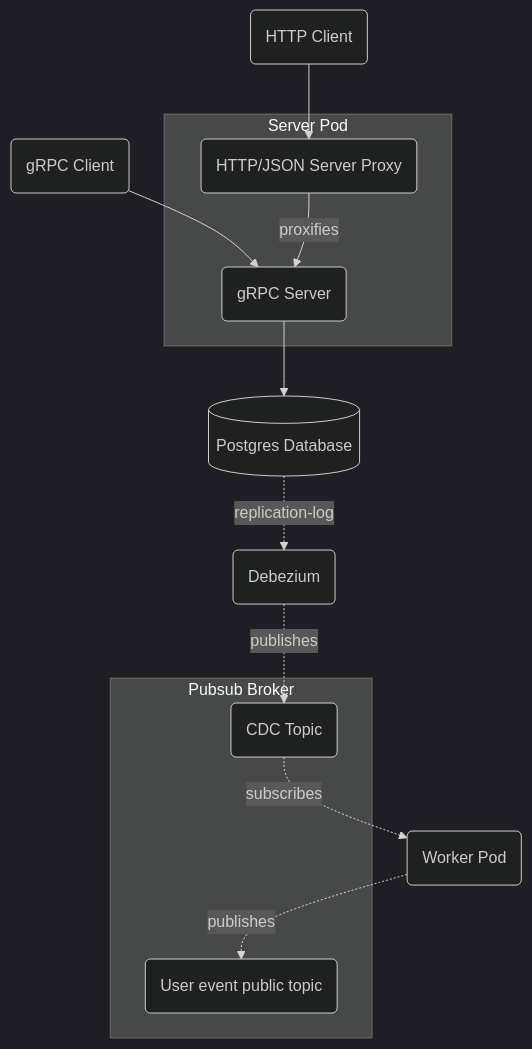
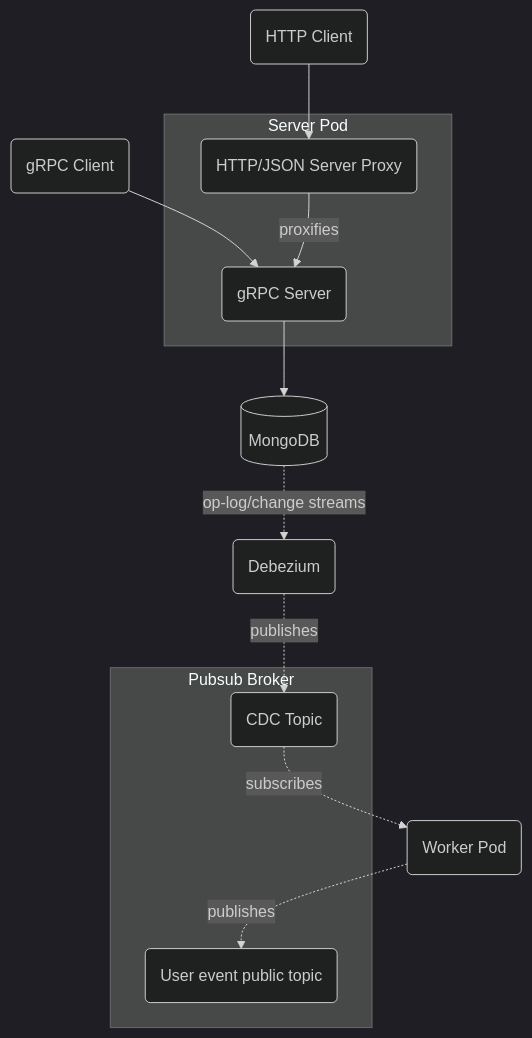
The diagram in README.md (rbroggi/faceittha), drawn with Mermaid (dark theme) before and after one commit. The commit also changed other lines of this file and 2 other files, not shown here.

Commit message:
doc enhancement

````diff
--- a/README.md
+++ b/README.md
@@ -32,25 +32,25 @@
 ```mermaid
 flowchart TB
     httpClient(HTTP Client);
     grpcClient(gRPC Client);
     subgraph "Server Pod";
         httpJsonServer(HTTP/JSON Server Proxy);
         gRPCServer(gRPC Server);
     end
-    postgresDatabase[(Postgres Database)];
+    mongoDatabase[(MongoDB)];
     Debezium(Debezium);
     subgraph "Pubsub Broker";
         CDC(CDC Topic)
         UserEvent(User event public topic)
     end;
     WorkerPod(Worker Pod);
 
     httpClient-->httpJsonServer;
     grpcClient-->gRPCServer;
     httpJsonServer-->|proxifies| gRPCServer;
-    gRPCServer-->postgresDatabase;
-    postgresDatabase-.->|replication-log|Debezium;
+    gRPCServer-->mongoDatabase;
+    mongoDatabase-.->|op-log/change streams|Debezium;
     Debezium-.->|publishes|CDC;
     CDC-.->|subscribes|WorkerPod;
     WorkerPod-.->|publishes|UserEvent;
 ```
````
